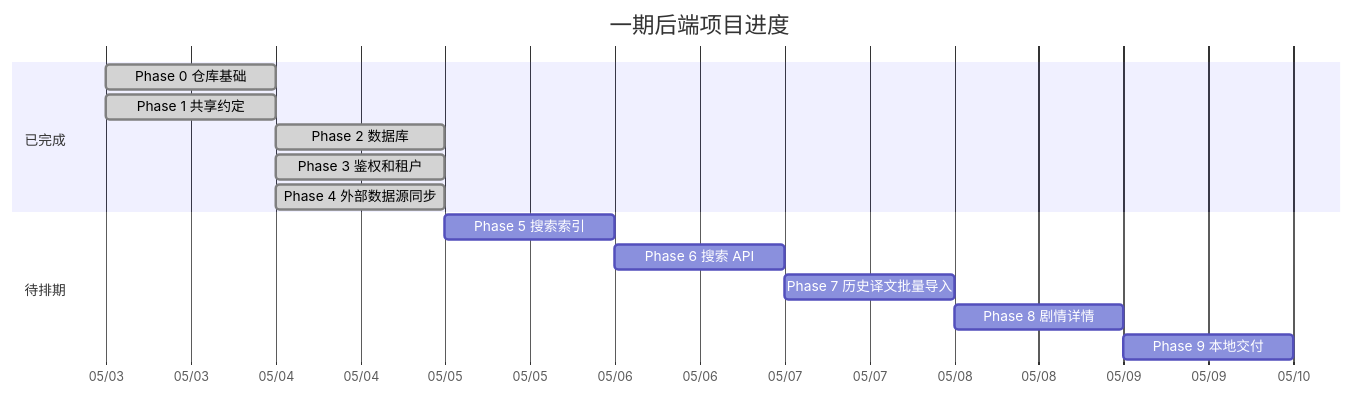
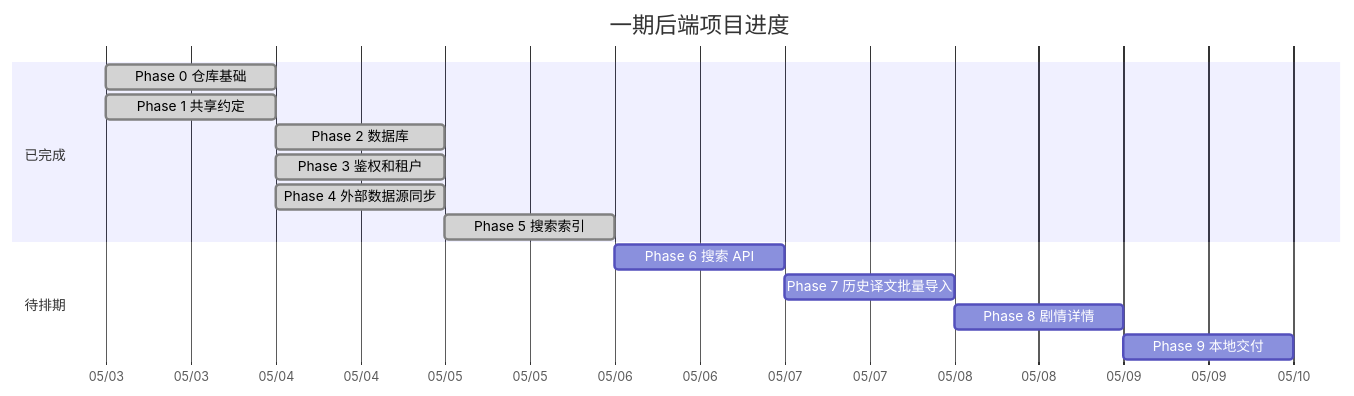
One commit to Cinea4678/SekaiPlatform changed the diagram in README.md. Above: the diagram before and after it, drawn with Mermaid. The commit also changed other lines of this file and 33 other files, not shown here.

````diff
--- a/README.md
+++ b/README.md
@@ -9,20 +9,20 @@
 ```mermaid
 gantt
     title 一期后端项目进度
     dateFormat  YYYY-MM-DD
     axisFormat  %m/%d
 
     section 已完成
     Phase 0 仓库基础           :done, p0, 2026-05-03, 1d
     Phase 1 共享约定           :done, p1, 2026-05-03, 1d
     Phase 2 数据库             :done, p2, 2026-05-04, 1d
     Phase 3 鉴权和租户         :done, p3, 2026-05-04, 1d
     Phase 4 外部数据源同步     :done, p4, 2026-05-04, 1d
+    Phase 5 搜索索引           :done, p5, 2026-05-05, 1d
 
     section 待排期
-    Phase 5 搜索索引           :p5, after p4, 1d
     Phase 6 搜索 API           :p6, after p5, 1d
     Phase 7 历史译文批量导入   :p7, after p6, 1d
     Phase 8 剧情详情           :p8, after p7, 1d
     Phase 9 本地交付           :p9, after p8, 1d
 ```
````
